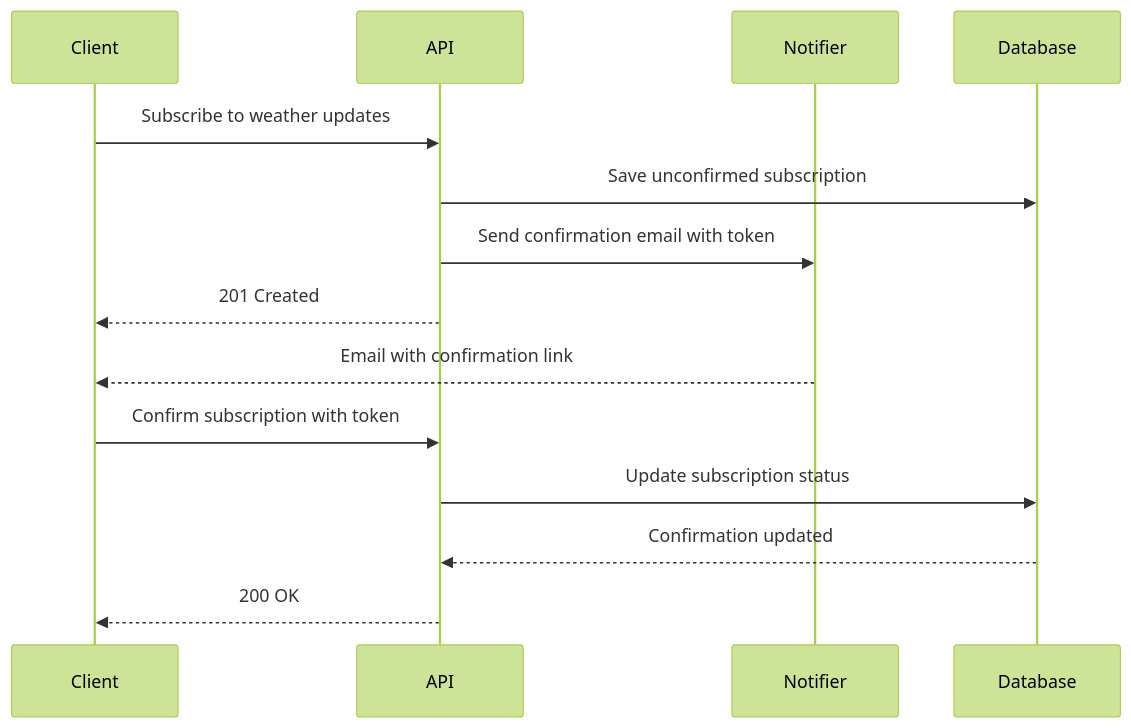
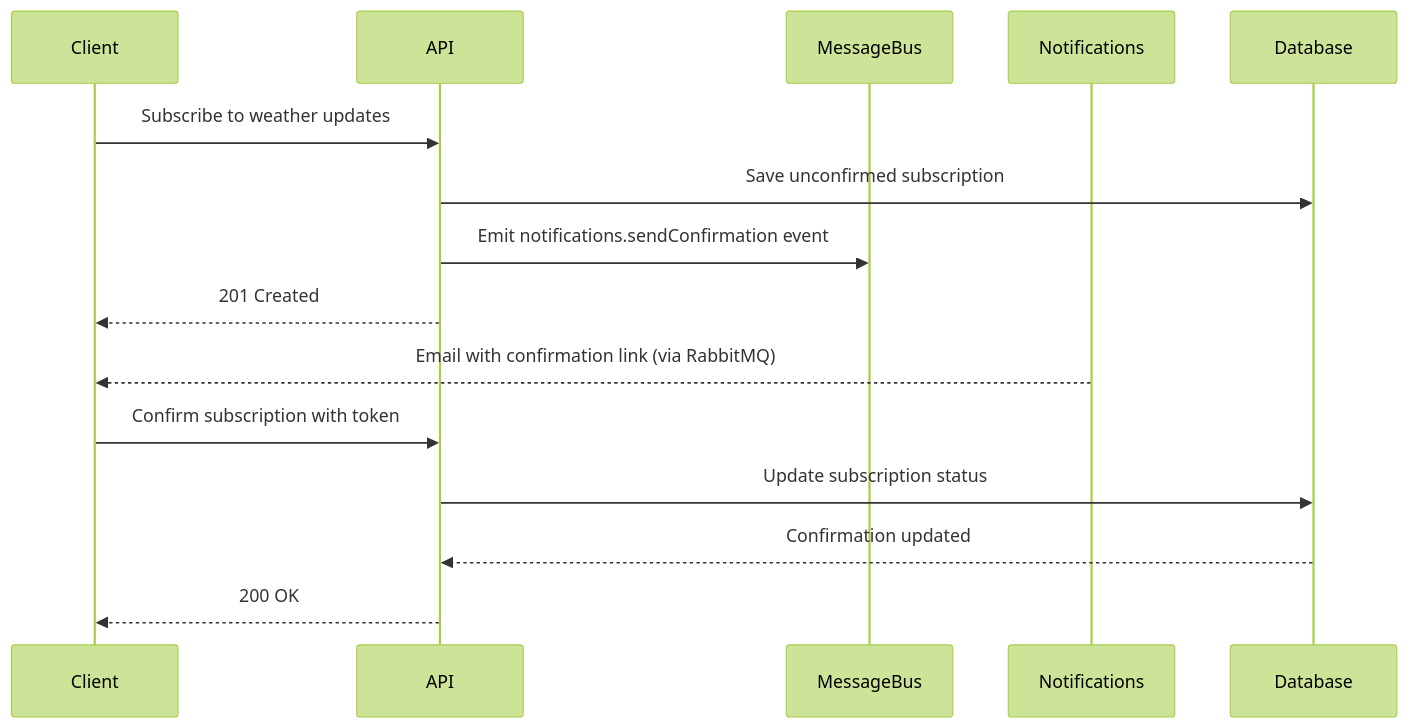
The third of 5 diagrams in docs/system-design/weather-app.md (GenesisEducationKyiv/software-engineering-school-5-0-Pasha-Makarenko), drawn with Mermaid (forest theme) before and after one commit. The commit also changed other lines of this file and 1 other file, not shown here.

````diff
--- a/docs/system-design/weather-app.md
+++ b/docs/system-design/weather-app.md
@@ -160,16 +172,17 @@
 ```mermaid
 sequenceDiagram
     participant Client
     participant API
-    participant Notifier
+    participant MessageBus
+    participant Notifications
     participant Database
     Client ->> API: Subscribe to weather updates
     API ->> Database: Save unconfirmed subscription
-    API ->> Notifier: Send confirmation email with token
+    API ->> MessageBus: Emit notifications.sendConfirmation event
     API -->> Client: 201 Created
-    Notifier -->> Client: Email with confirmation link
+    Notifications -->> Client: Email with confirmation link (via RabbitMQ)
     Client ->> API: Confirm subscription with token
     API ->> Database: Update subscription status
     Database -->> API: Confirmation updated
     API -->> Client: 200 OK
 ```
````
